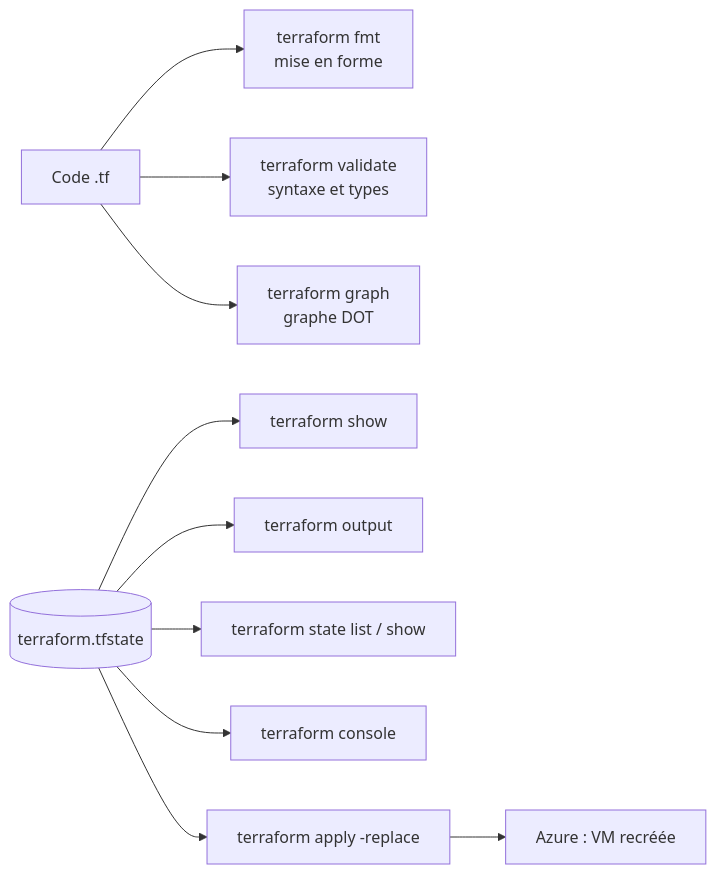
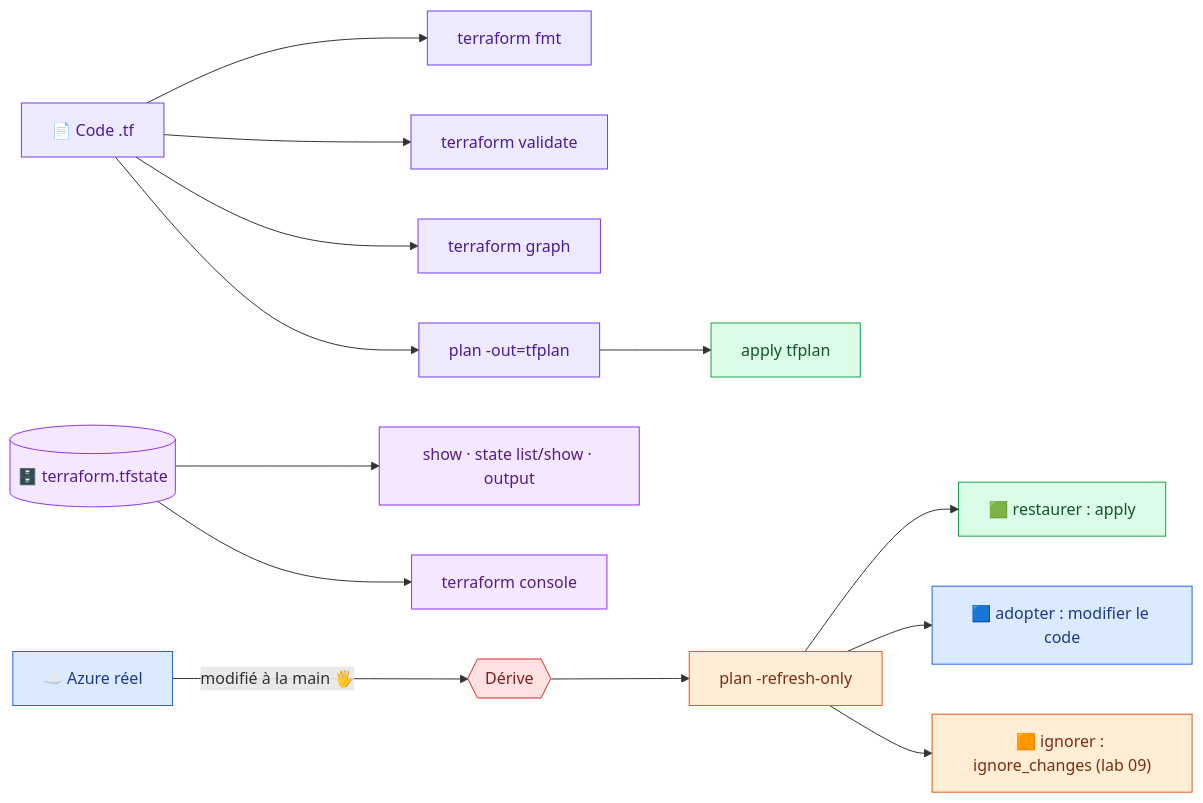
One commit to hajjiBel/terraform-azure-labs changed the diagram in lab07-commandes.md. Above: the diagram before and after it, drawn with Mermaid. The commit also changed other lines of this file and 158 other files, not shown here.

First line of the commit message:
Refonte des 16 labs Terraform Azure : énoncés colorés, corrigés, solutions, scripts formateur

````diff
--- a/lab07-commandes.md
+++ b/lab07-commandes.md
@@ -17,12 +22,20 @@
 ```mermaid
 flowchart LR
-    CODE["Code .tf"] --> FMT["terraform fmt<br/>mise en forme"]
-    CODE --> VAL["terraform validate<br/>syntaxe et types"]
-    CODE --> GRAPH["terraform graph<br/>graphe DOT"]
-    STATE[("terraform.tfstate")] --> SHOW["terraform show"]
-    STATE --> OUT["terraform output"]
-    STATE --> LIST["terraform state list / show"]
-    STATE --> CONS["terraform console"]
-    STATE --> REP["terraform apply -replace"]
-    REP --> AZ["Azure : VM recréée"]
+    CODE["📄 Code .tf"]:::tf --> FMT["terraform fmt"]:::tf
+    CODE --> VAL["terraform validate"]:::tf
+    CODE --> GRAPH["terraform graph"]:::tf
+    STATE[("🗄️ terraform.tfstate")]:::state --> SHOW["show · state list/show · output"]:::state
+    STATE --> CONS["terraform console"]:::state
+    AZ["☁️ Azure réel"]:::net -- "modifié à la main 🖐️" --> DRIFT{{"Dérive"}}:::replace
+    DRIFT --> RO["plan -refresh-only"]:::sec
+    RO --> D1["🟩 restaurer : apply"]:::compute
+    RO --> D2["🟦 adopter : modifier le code"]:::net
+    RO --> D3["🟧 ignorer : ignore_changes (lab 09)"]:::sec
+    CODE --> PLAN["plan -out=tfplan"]:::tf --> APPLY["apply tfplan"]:::compute
+    classDef tf fill:#ede9fe,stroke:#7c3aed,color:#4c1d95
+    classDef net fill:#dbeafe,stroke:#2563eb,color:#1e3a8a
+    classDef compute fill:#dcfce7,stroke:#16a34a,color:#14532d
+    classDef sec fill:#ffedd5,stroke:#ea580c,color:#7c2d12
+    classDef state fill:#f3e8ff,stroke:#9333ea,color:#581c87
+    classDef replace fill:#fee2e2,stroke:#dc2626,color:#7f1d1d
 ```
````
